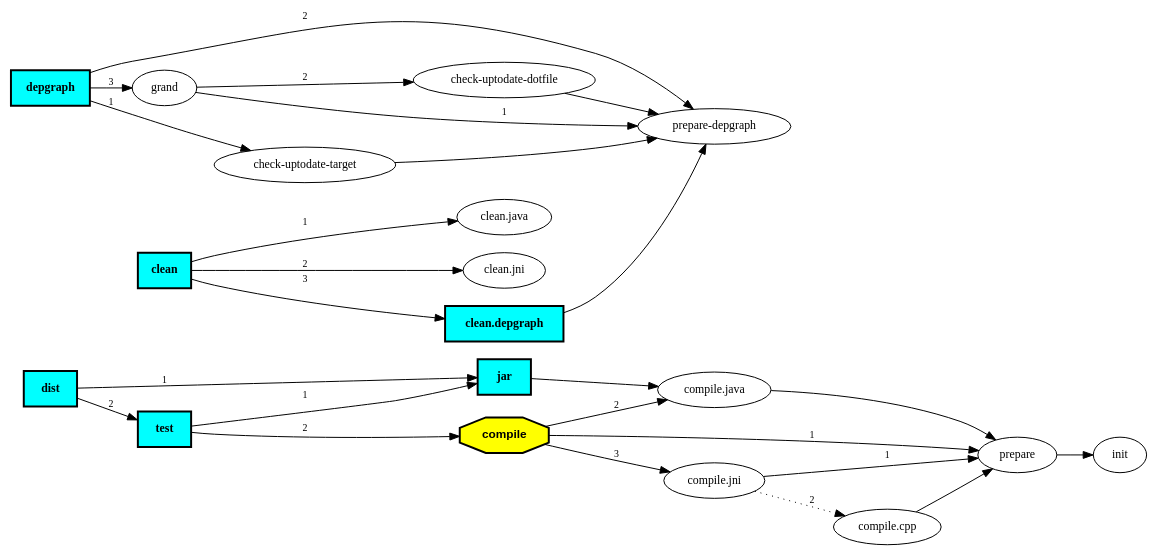
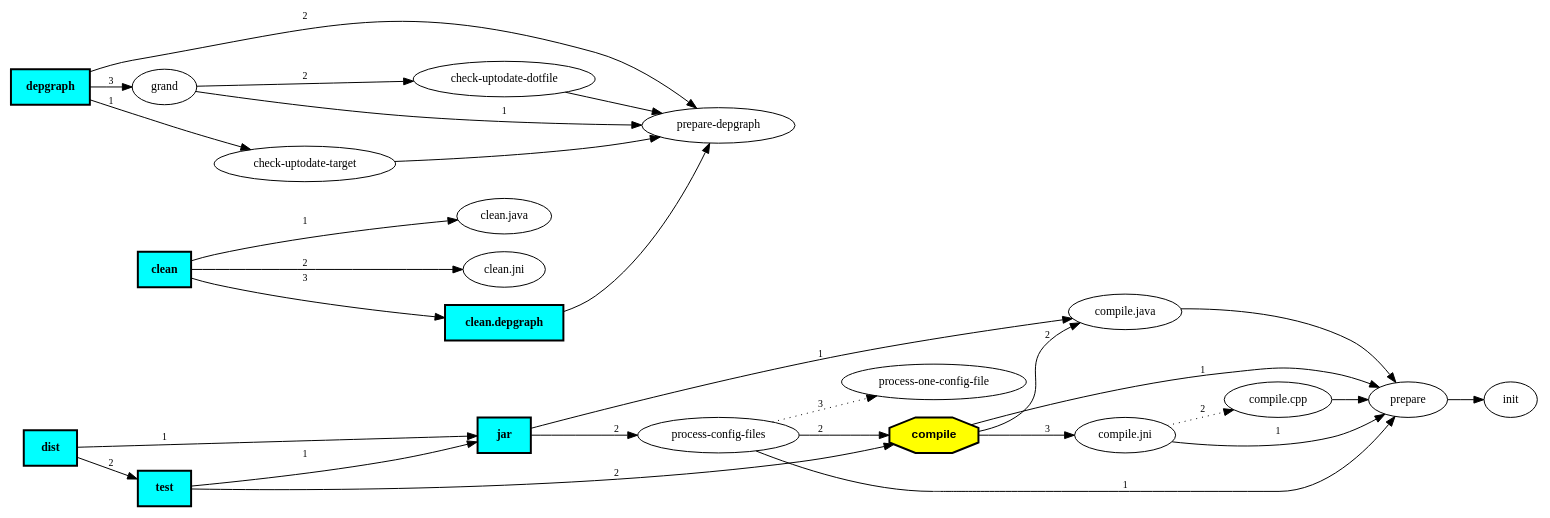
Before and after one commit to Ant-Grand/Grand: the diagram in src/etc/testcases/build-complex.dot, drawn with Graphviz. The commit also changed 22 other files, not shown here.

```diff
--- a/src/etc/testcases/build-complex.dot
+++ b/src/etc/testcases/build-complex.dot
@@ -1,65 +1,73 @@
 digraph "Grand complex build file" {
 graph [rankdir="LR"];
 node [fontsize="12"];
 edge [fontsize="10"];
 "compile" [shape=octagon,fillcolor="yellow",style="filled,bold",fontname="Helvetica-Bold"];
 "compile" -> "prepare" [label="1"];
 "compile" -> "compile.java" [label="2"];
 "compile" -> "compile.jni" [label="3"];
 
 "prepare"
 "prepare" -> "init";
 
 "check-uptodate-dotfile"
 "check-uptodate-dotfile" -> "prepare-depgraph";
 
 "jar" [shape=box,fillcolor="cyan",style="filled,bold",fontname="Times-Bold",comment="Create jar files for the java classes"];
-"jar" -> "compile.java";
+"jar" -> "compile.java" [label="1"];
+"jar" -> "process-config-files" [label="2"];
 
 "prepare-depgraph"
 
 "compile.jni"
 "compile.jni" -> "prepare" [label="1"];
 "compile.jni" -> "compile.cpp" [label="2", fontsize="10",style="dotted"];
 
-"compile.java"
-"compile.java" -> "prepare";
+"process-config-files"
+"process-config-files" -> "prepare" [label="1"];
+"process-config-files" -> "compile" [label="2"];
+"process-config-files" -> "process-one-config-file" [label="3", fontsize="10",style="dotted"];
 
 "grand"
 "grand" -> "prepare-depgraph" [label="1"];
 "grand" -> "check-uptodate-dotfile" [label="2"];
+
+"compile.java"
+"compile.java" -> "prepare";
 
 "clean.java"
 
 "dist" [shape=box,fillcolor="cyan",style="filled,bold",fontname="Times-Bold",comment="Prepare the distribution"];
 "dist" -> "jar" [label="1"];
 "dist" -> "test" [label="2"];
 
 "check-uptodate-target"
 "check-uptodate-target" -> "prepare-depgraph";
 
 "clean" [shape=box,fillcolor="cyan",style="filled,bold",fontname="Times-Bold",comment="Remove intermediate files"];
 "clean" -> "clean.java" [label="1"];
 "clean" -> "clean.jni" [label="2"];
 "clean" -> "clean.depgraph" [label="3"];
 
 "depgraph" [shape=box,fillcolor="cyan",style="filled,bold",fontname="Times-Bold",comment="Creates a PostScript dependency graph"];
 "depgraph" -> "check-uptodate-target" [label="1"];
 "depgraph" -> "prepare-depgraph" [label="2"];
 "depgraph" -> "grand" [label="3"];
 
 "init"
 
 "test" [shape=box,fillcolor="cyan",style="filled,bold",fontname="Times-Bold",comment="Run the unit tests"];
 "test" -> "jar" [label="1"];
 "test" -> "compile" [label="2"];
 
+"process-one-config-file"
+
 "clean.depgraph" [shape=box,fillcolor="cyan",style="filled,bold",fontname="Times-Bold",comment="Remove dependency graph intermediate files."];
 "clean.depgraph" -> "prepare-depgraph";
 
 "clean.jni"
 
 "compile.cpp"
 "compile.cpp" -> "prepare";
 
 }
```
